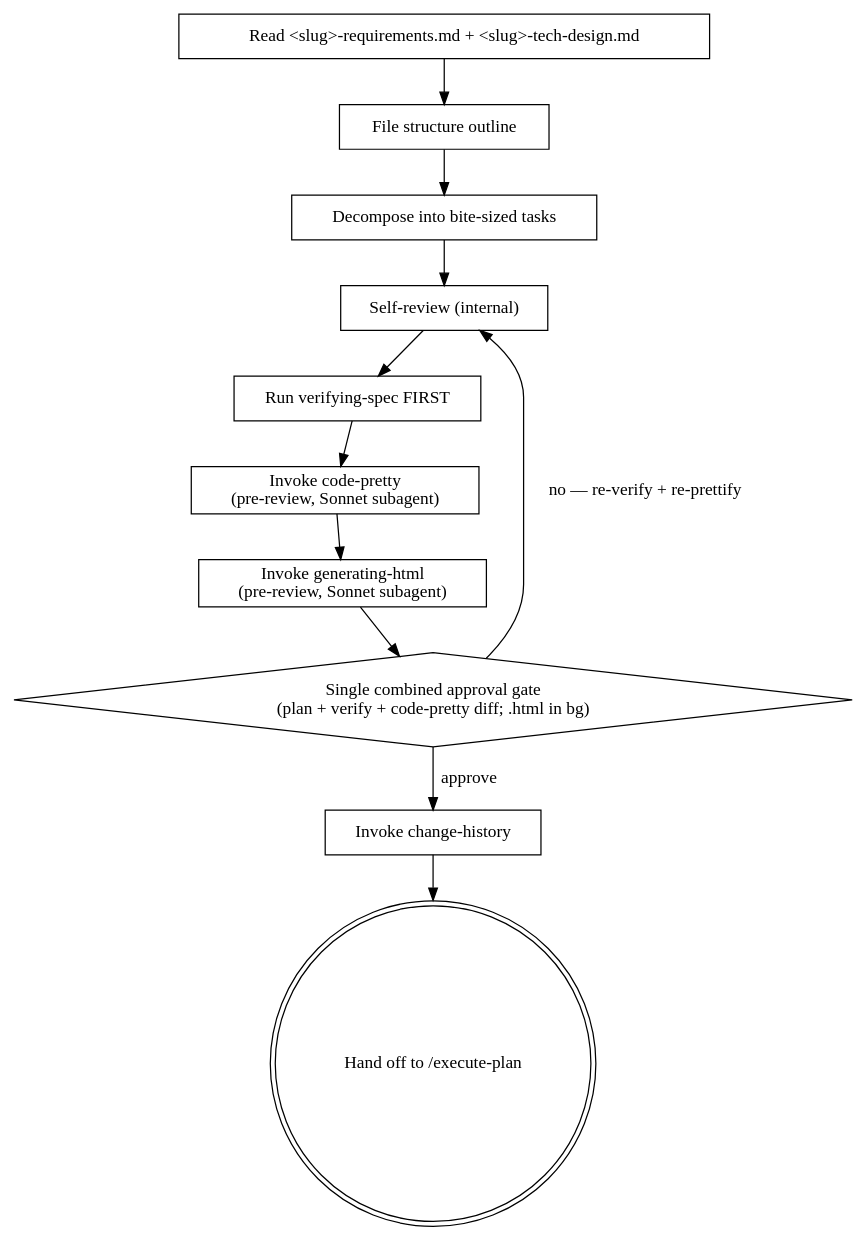
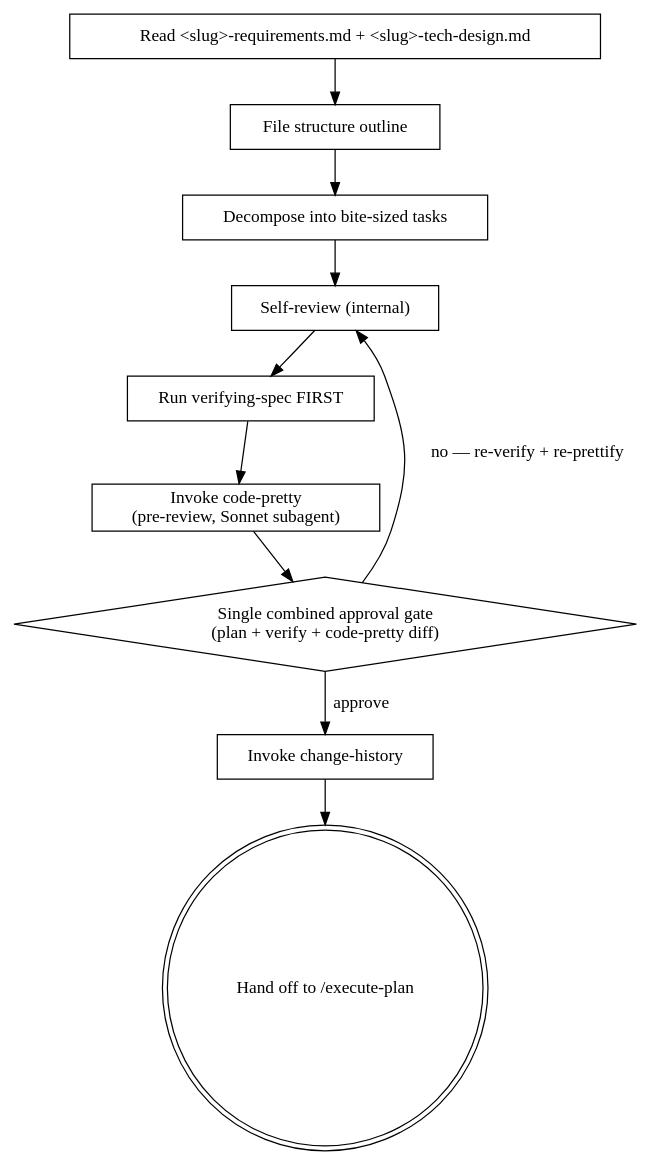
The diagram in skills/writing-plans/SKILL.md (LonerStayle/js-super), drawn with Graphviz before and after one commit. The commit also changed other lines of this file and 9 other files, not shown here.

First line of the commit message:
feat: generating-html 기본 플로우 자동 발동 제거 + 커맨드 전용 강등 (v2.8.2)

````diff
--- a/skills/writing-plans/SKILL.md
+++ b/skills/writing-plans/SKILL.md
@@ -275,25 +274,23 @@
 ```dot
 digraph plan_flow {
     "Read <slug>-requirements.md + <slug>-tech-design.md" [shape=box];
     "File structure outline" [shape=box];
     "Decompose into bite-sized tasks" [shape=box];
     "Self-review (internal)" [shape=box];
     "Run verifying-spec FIRST" [shape=box];
-    "Single combined approval gate\n(plan + verify + code-pretty diff; .html in bg)" [shape=diamond];
+    "Single combined approval gate\n(plan + verify + code-pretty diff)" [shape=diamond];
     "Invoke code-pretty\n(pre-review, Sonnet subagent)" [shape=box];
-    "Invoke generating-html\n(pre-review, Sonnet subagent)" [shape=box];
     "Invoke change-history" [shape=box];
     "Hand off to /execute-plan" [shape=doublecircle];
 
     "Read <slug>-requirements.md + <slug>-tech-design.md" -> "File structure outline";
     "File structure outline" -> "Decompose into bite-sized tasks";
     "Decompose into bite-sized tasks" -> "Self-review (internal)";
     "Self-review (internal)" -> "Run verifying-spec FIRST";
     "Run verifying-spec FIRST" -> "Invoke code-pretty\n(pre-review, Sonnet subagent)";
-    "Invoke code-pretty\n(pre-review, Sonnet subagent)" -> "Invoke generating-html\n(pre-review, Sonnet subagent)";
-    "Invoke generating-html\n(pre-review, Sonnet subagent)" -> "Single combined approval gate\n(plan + verify + code-pretty diff; .html in bg)";
-    "Single combined approval gate\n(plan + verify + code-pretty diff; .html in bg)" -> "Self-review (internal)" [label="no — re-verify + re-prettify"];
-    "Single combined approval gate\n(plan + verify + code-pretty diff; .html in bg)" -> "Invoke change-history" [label="approve"];
+    "Invoke code-pretty\n(pre-review, Sonnet subagent)" -> "Single combined approval gate\n(plan + verify + code-pretty diff)";
+    "Single combined approval gate\n(plan + verify + code-pretty diff)" -> "Self-review (internal)" [label="no — re-verify + re-prettify"];
+    "Single combined approval gate\n(plan + verify + code-pretty diff)" -> "Invoke change-history" [label="approve"];
     "Invoke change-history" -> "Hand off to /execute-plan";
 }
 ```
````
